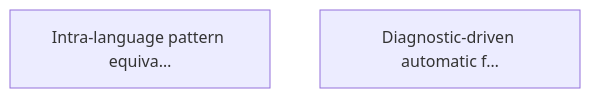
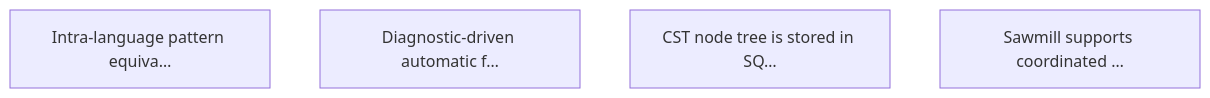
The diagram in targets.md (marcelocantos/sawmill), drawn with Mermaid before and after one commit. The commit also changed other lines of this file and 1 other file, not shown here.

````diff
--- a/targets.md
+++ b/targets.md
@@ -55,5 +84,7 @@
 ```mermaid
 graph TD
     T1["Intra-language pattern equiva…"]
     T3["Diagnostic-driven automatic f…"]
+    T4["CST node tree is stored in SQ…"]
+    T5["Sawmill supports coordinated …"]
 ```
````
